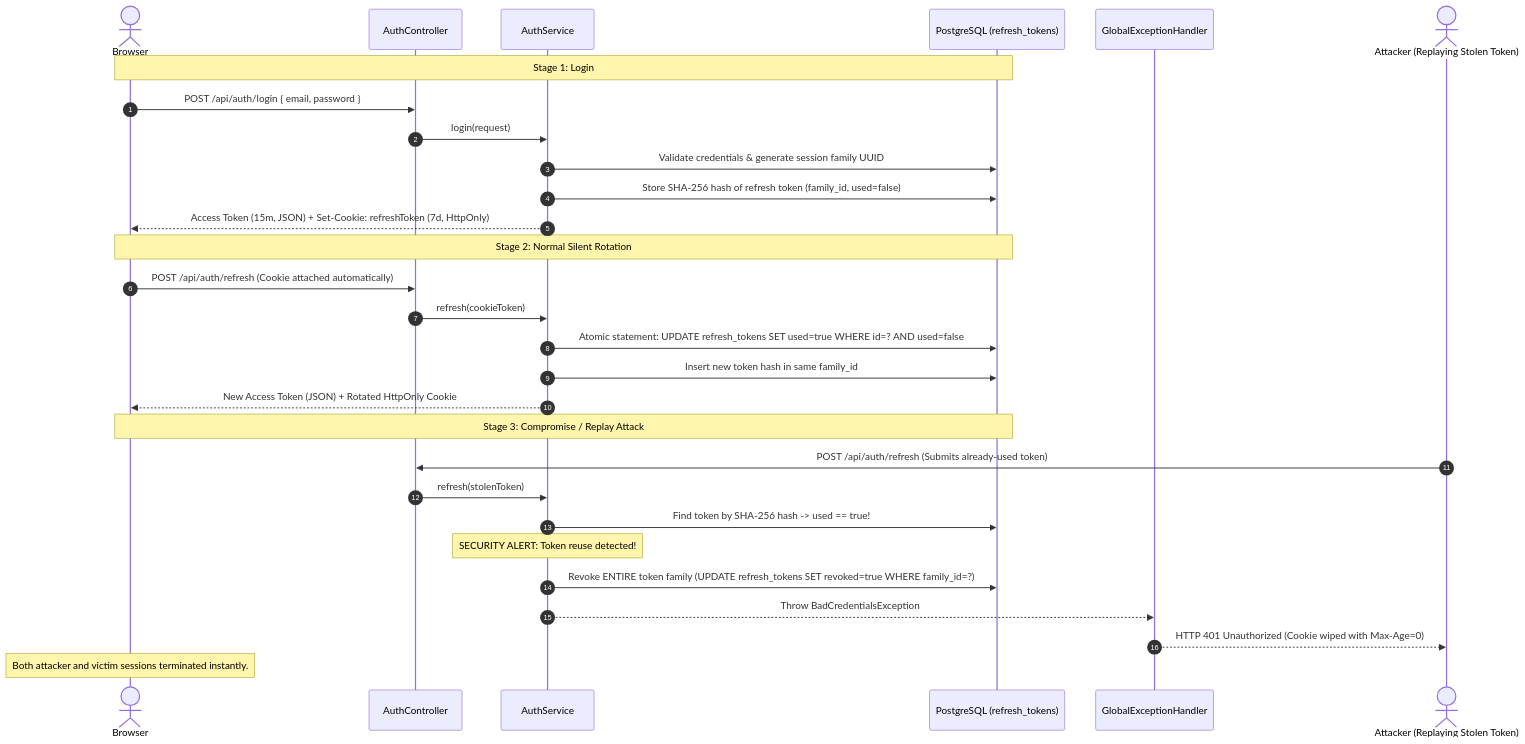
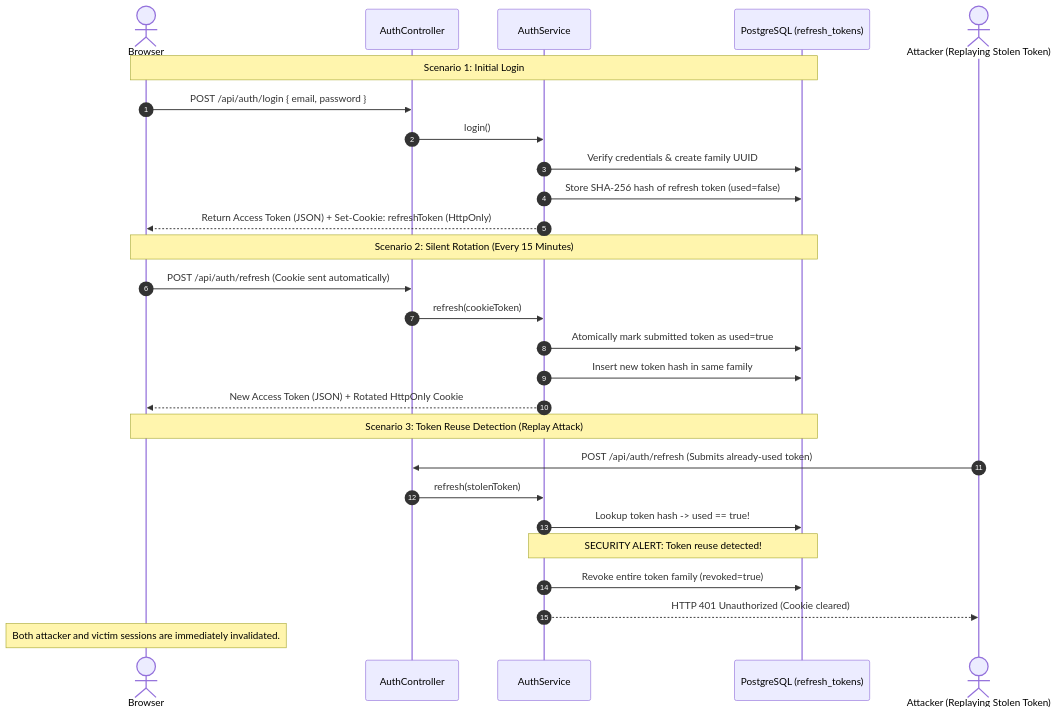
Before and after one commit to asyncsourav/quicktix: the third of 3 diagrams in architecture/master-workflow.md, drawn with Mermaid. The commit also changed other lines of this file, not shown here.

````diff
--- a/architecture/master-workflow.md
+++ b/architecture/master-workflow.md
@@ -165,34 +163,32 @@
 ```mermaid
 sequenceDiagram
     autonumber
     actor Client as Browser
-    participant AuthCtrl as AuthController
-    participant AuthSvc as AuthService
+    participant API as AuthController
+    participant Svc as AuthService
     participant DB as PostgreSQL (refresh_tokens)
-    participant Ex as GlobalExceptionHandler
 
-    Note over Client,DB: Stage 1: Login
-    Client->>AuthCtrl: POST /api/auth/login { email, password }
-    AuthCtrl->>AuthSvc: login(request)
-    AuthSvc->>DB: Validate credentials & generate session family UUID
-    AuthSvc->>DB: Store SHA-256 hash of refresh token (family_id, used=false)
-    AuthSvc-->>Client: Access Token (15m, JSON) + Set-Cookie: refreshToken (7d, HttpOnly)
+    Note over Client,DB: Scenario 1: Initial Login
+    Client->>API: POST /api/auth/login { email, password }
+    API->>Svc: login()
+    Svc->>DB: Verify credentials & create family UUID
+    Svc->>DB: Store SHA-256 hash of refresh token (used=false)
+    Svc-->>Client: Return Access Token (JSON) + Set-Cookie: refreshToken (HttpOnly)
 
-    Note over Client,DB: Stage 2: Normal Silent Rotation
-    Client->>AuthCtrl: POST /api/auth/refresh (Cookie attached automatically)
-    AuthCtrl->>AuthSvc: refresh(cookieToken)
-    AuthSvc->>DB: Atomic statement: UPDATE refresh_tokens SET used=true WHERE id=? AND used=false
-    AuthSvc->>DB: Insert new token hash in same family_id
-    AuthSvc-->>Client: New Access Token (JSON) + Rotated HttpOnly Cookie
+    Note over Client,DB: Scenario 2: Silent Rotation (Every 15 Minutes)
+    Client->>API: POST /api/auth/refresh (Cookie sent automatically)
+    API->>Svc: refresh(cookieToken)
+    Svc->>DB: Atomically mark submitted token as used=true
+    Svc->>DB: Insert new token hash in same family
+    Svc-->>Client: New Access Token (JSON) + Rotated HttpOnly Cookie
 
-    Note over Client,DB: Stage 3: Compromise / Replay Attack
+    Note over Client,DB: Scenario 3: Token Reuse Detection (Replay Attack)
     actor Attacker as Attacker (Replaying Stolen Token)
-    Attacker->>AuthCtrl: POST /api/auth/refresh (Submits already-used token)
-    AuthCtrl->>AuthSvc: refresh(stolenToken)
-    AuthSvc->>DB: Find token by SHA-256 hash -> used == true!
-    Note over AuthSvc: SECURITY ALERT: Token reuse detected!
-    AuthSvc->>DB: Revoke ENTIRE token family (UPDATE refresh_tokens SET revoked=true WHERE family_id=?)
-    AuthSvc-->>Ex: Throw BadCredentialsException
-    Ex-->>Attacker: HTTP 401 Unauthorized (Cookie wiped with Max-Age=0)
-    Note over Client: Both attacker and victim sessions terminated instantly.
+    Attacker->>API: POST /api/auth/refresh (Submits already-used token)
+    API->>Svc: refresh(stolenToken)
+    Svc->>DB: Lookup token hash -> used == true!
+    Note over Svc,DB: SECURITY ALERT: Token reuse detected!
+    Svc->>DB: Revoke entire token family (revoked=true)
+    Svc-->>Attacker: HTTP 401 Unauthorized (Cookie cleared)
+    Note over Client: Both attacker and victim sessions are immediately invalidated.
 ```
````
